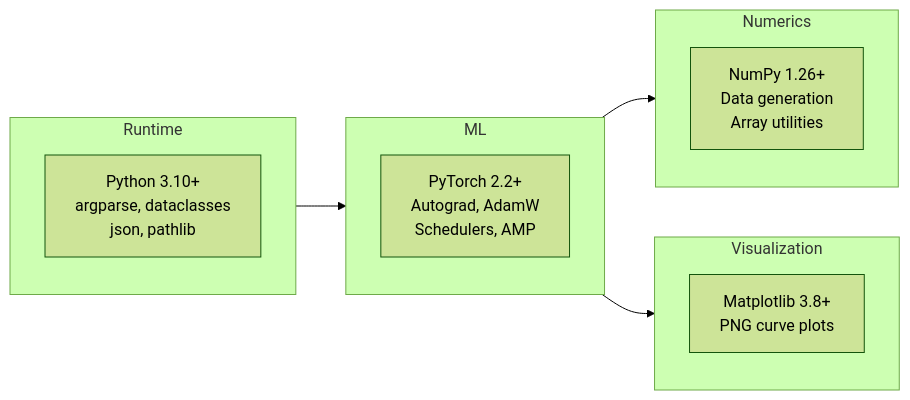
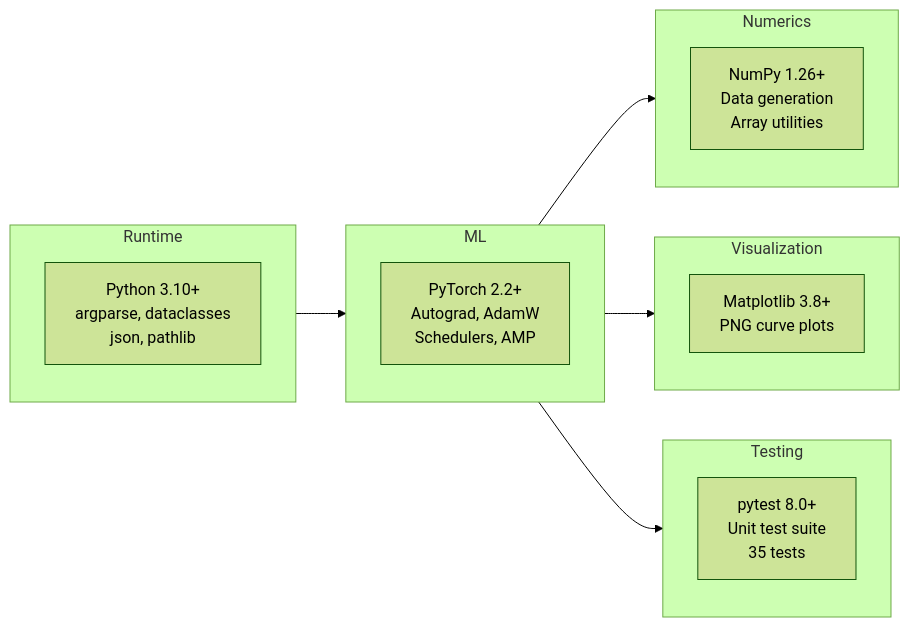
One commit to hkevin01/ml-adamw-demo changed the third of 11 diagrams in README.md. Above: the diagram before and after it, drawn with Mermaid (forest theme). The commit also changed other lines of this file, not shown here.

````diff
--- a/README.md
+++ b/README.md
@@ -310,18 +385,22 @@
 ```mermaid
 flowchart LR
     subgraph Runtime
         PY["Python 3.10+\nargparse, dataclasses\njson, pathlib"]
     end
     subgraph ML
         PT["PyTorch 2.2+\nAutograd, AdamW\nSchedulers, AMP"]
     end
     subgraph Numerics
         NP["NumPy 1.26+\nData generation\nArray utilities"]
     end
     subgraph Visualization
         MPL["Matplotlib 3.8+\nPNG curve plots"]
     end
+    subgraph Testing
+        PYT["pytest 8.0+\nUnit test suite\n35 tests"]
+    end
     Runtime --> ML
     ML --> Numerics
     ML --> Visualization
+    ML --> Testing
 ```
````
